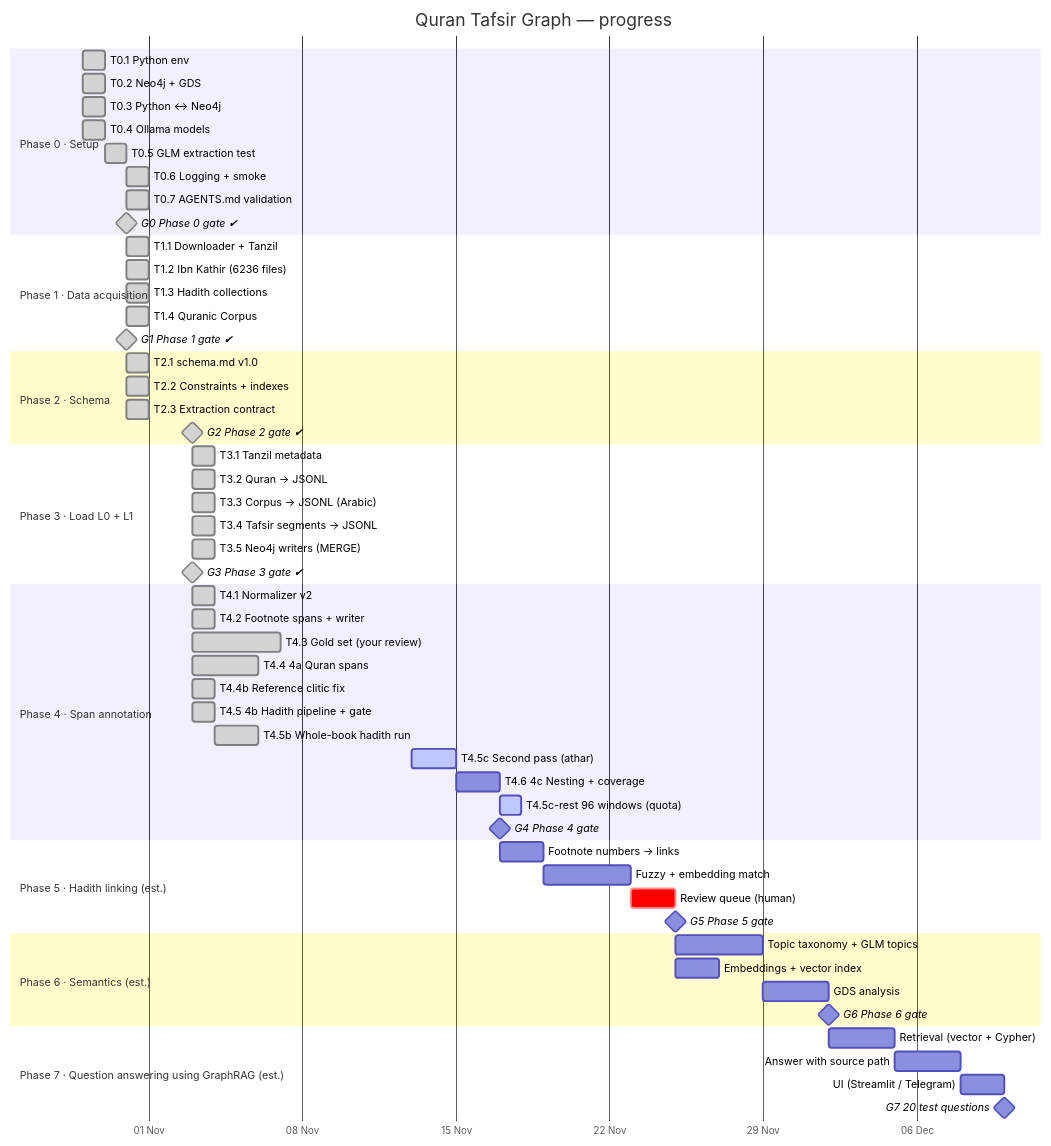
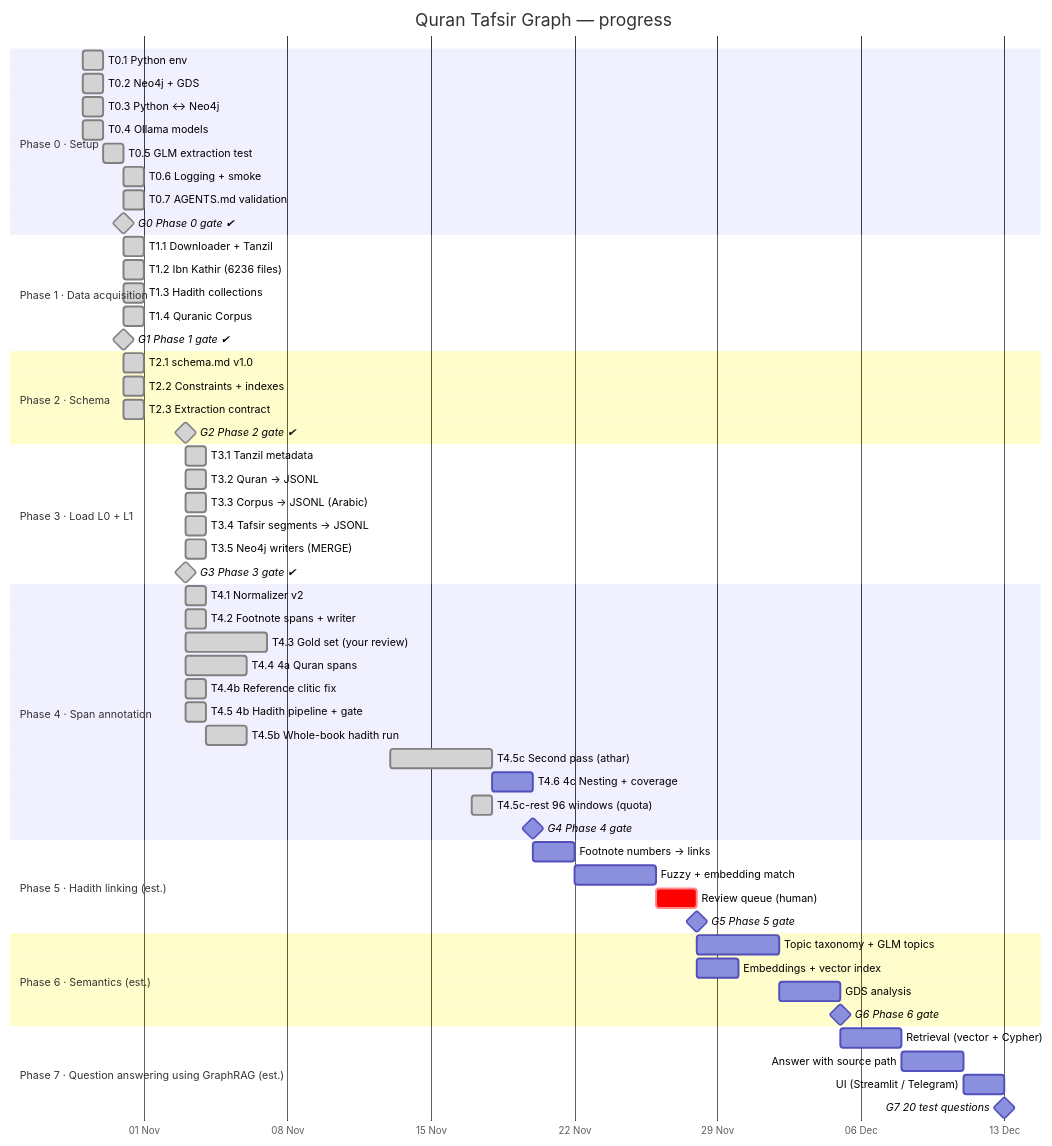
Before and after one commit to mohamed-soubhi/quran-graph: the diagram in docs/GANTT.md, drawn with Mermaid. The commit also changed other lines of this file and 3 other files, not shown here.

````diff
--- a/docs/GANTT.md
+++ b/docs/GANTT.md
@@ -9,69 +9,69 @@
 ```mermaid
 gantt
     title Quran Tafsir Graph — progress
     dateFormat YYYY-MM-DD
     axisFormat %d %b
     todayMarker stroke-width:3px,stroke:#d33
 
     section Phase 0 · Setup
     T0.1 Python env                 :done, t01, 2026-10-29, 1d
     T0.2 Neo4j + GDS                :done, t02, 2026-10-29, 1d
     T0.3 Python ↔ Neo4j             :done, t03, 2026-10-29, 1d
     T0.4 Ollama models              :done, t04, 2026-10-29, 1d
     T0.5 GLM extraction test        :done, t05, 2026-10-30, 1d
     T0.6 Logging + smoke            :done, t06, 2026-10-31, 1d
     T0.7 AGENTS.md validation       :done, t07, 2026-10-31, 1d
     G0 Phase 0 gate ✔               :milestone, done, g0, 2026-10-31, 0d
 
     section Phase 1 · Data acquisition
     T1.1 Downloader + Tanzil        :done, t11, 2026-10-31, 1d
     T1.2 Ibn Kathir (6236 files)    :done, t12, 2026-10-31, 1d
     T1.3 Hadith collections         :done, t13, 2026-10-31, 1d
     T1.4 Quranic Corpus            :done, t14, 2026-10-31, 1d
     G1 Phase 1 gate ✔               :milestone, done, g1, 2026-10-31, 0d
 
     section Phase 2 · Schema
     T2.1 schema.md v1.0            :done, t21, 2026-10-31, 1d
     T2.2 Constraints + indexes      :done, t22, 2026-10-31, 1d
     T2.3 Extraction contract        :done, t23, 2026-10-31, 1d
     G2 Phase 2 gate ✔               :milestone, done, g2, 2026-11-03, 0d
 
     section Phase 3 · Load L0 + L1
     T3.1 Tanzil metadata            :done, t31, 2026-11-03, 1d
     T3.2 Quran → JSONL              :done, t32, 2026-11-03, 1d
     T3.3 Corpus → JSONL (Arabic)    :done, t33, 2026-11-03, 1d
     T3.4 Tafsir segments → JSONL    :done, t34, 2026-11-03, 1d
     T3.5 Neo4j writers (MERGE)      :done, p3b, 2026-11-03, 1d
     G3 Phase 3 gate ✔               :milestone, done, g3, 2026-11-03, 0d
 
     section Phase 4 · Span annotation
     T4.1 Normalizer v2              :done, t41, 2026-11-03, 1d
     T4.2 Footnote spans + writer    :done, t42, 2026-11-03, 1d
     T4.3 Gold set (your review)     :done, t43, 2026-11-03, 4d
     T4.4 4a Quran spans             :done, t44, 2026-11-03, 3d
     T4.4b Reference clitic fix      :done, t44b, 2026-11-03, 1d
     T4.5 4b Hadith pipeline + gate  :done, t45, 2026-11-03, 1d
     T4.5b Whole-book hadith run     :done, t45b, 2026-11-04, 2d
-    T4.5c Second pass (athar)       :active, t45c, 2026-11-13, 2d
+    T4.5c Second pass (athar)       :done, t45c, 2026-11-13, 5d
     T4.6 4c Nesting + coverage      :p4c, after t45c, 2d
-    T4.5c-rest 96 windows (quota)   :active, t45r, 2026-11-17, 1d
+    T4.5c-rest 96 windows (quota)   :done, t45r, 2026-11-17, 1d
     G4 Phase 4 gate                 :milestone, g4, after p4c, 0d
 
     section Phase 5 · Hadith linking (est.)
     Footnote numbers → links        :p5a, after g4, 2d
     Fuzzy + embedding match         :p5b, after p5a, 4d
     Review queue (human)            :crit, p5c, after p5b, 2d
     G5 Phase 5 gate                 :milestone, g5, after p5c, 0d
 
     section Phase 6 · Semantics (est.)
     Topic taxonomy + GLM topics     :p6a, after g5, 4d
     Embeddings + vector index       :p6b, after g5, 2d
     GDS analysis                    :p6c, after p6a, 3d
     G6 Phase 6 gate                 :milestone, g6, after p6c, 0d
 
     section Phase 7 · Question answering using GraphRAG (est.)
     Retrieval (vector + Cypher)     :p7a, after g6, 3d
     Answer with source path         :p7b, after p7a, 3d
     UI (Streamlit / Telegram)       :p7c, after p7b, 2d
     G7 20 test questions            :milestone, g7, after p7c, 0d
 ```
````
